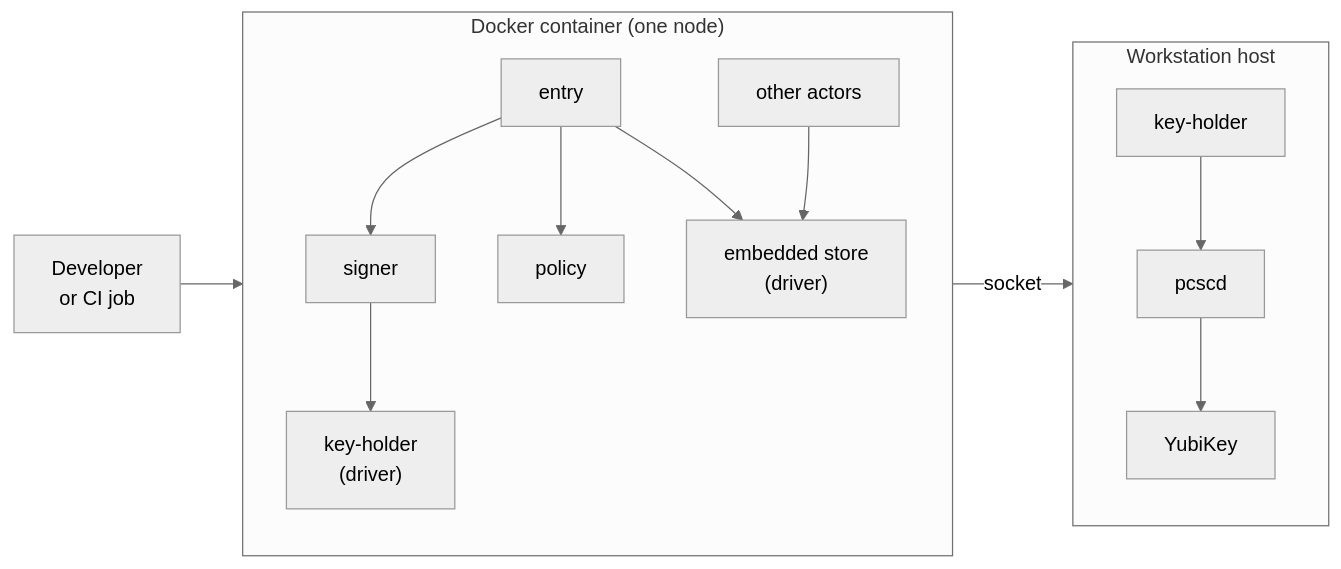
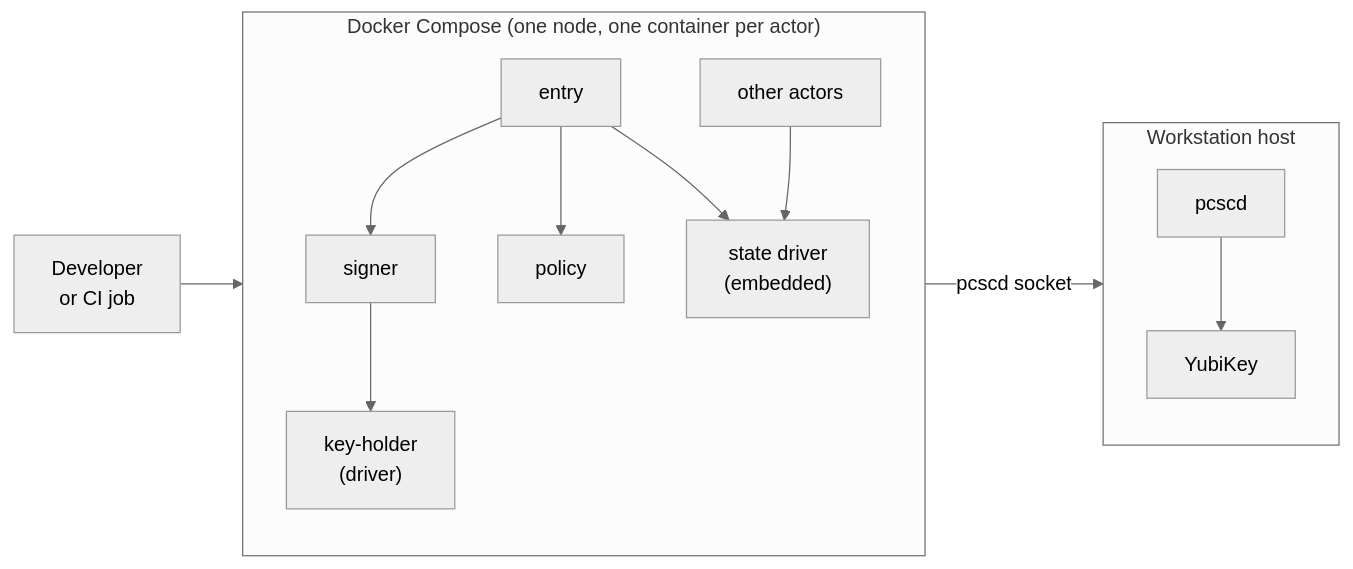
One commit to truvity/sluis changed the second of 4 diagrams in docs/runtimes/installations.md. Above: the diagram before and after it, drawn with Mermaid (neutral theme). The commit also changed other lines of this file and 22 other files, not shown here.

````diff
--- a/docs/runtimes/installations.md
+++ b/docs/runtimes/installations.md
@@ -75,27 +73,25 @@
 ```mermaid
 flowchart LR
-  dev["Developer<br/>or CI job"] --> container
-  subgraph container["Docker container (one node)"]
+  dev["Developer<br/>or CI job"] --> entry
+  subgraph compose["Docker Compose (one node, one container per actor)"]
     direction TB
     entry["entry"]
     signer["signer"]
     policy["policy"]
     others["other actors"]
     keyholder["key-holder<br/>(driver)"]
-    state["embedded store<br/>(driver)"]
+    state["state driver<br/>(embedded)"]
     entry --> signer
     entry --> policy
     signer --> keyholder
     others --> state
     entry --> state
   end
   subgraph host["Workstation host"]
     direction TB
-    hostkh["key-holder"]
     pcscd["pcscd"]
     yk["YubiKey"]
-    hostkh --> pcscd
     pcscd --> yk
   end
-  container -- "socket" --> host
+  keyholder -- "pcscd socket" --> pcscd
 ```
````
